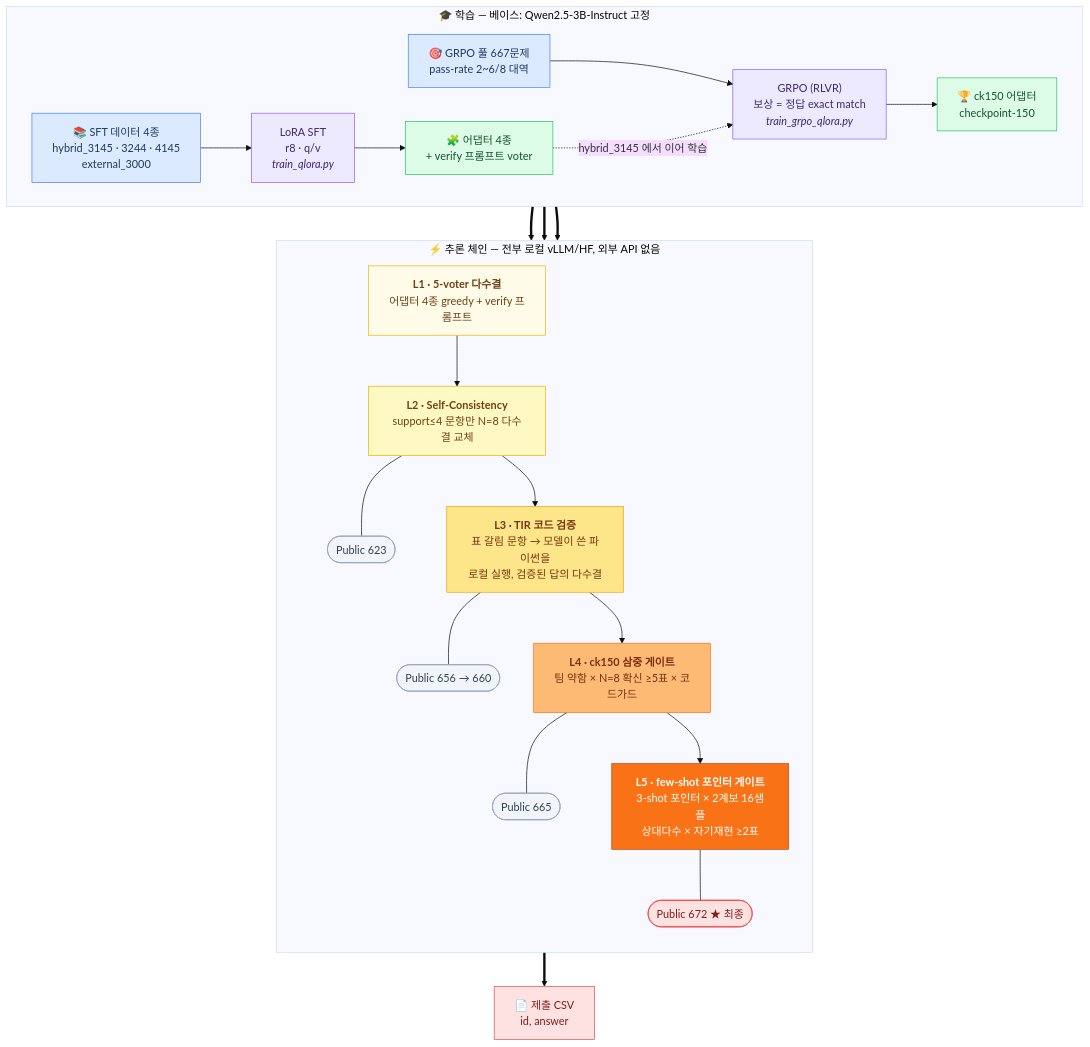
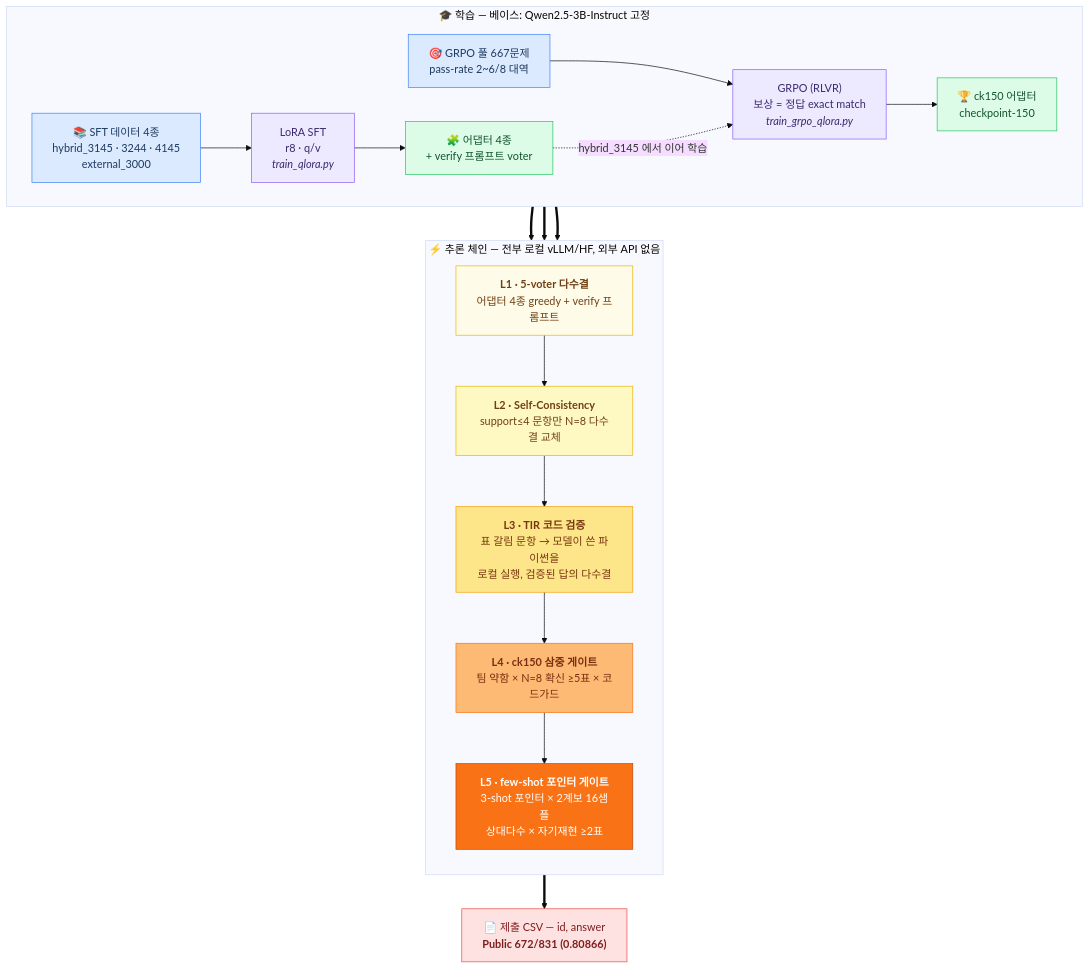
The diagram in README.md (ale8ander/Deep-Learning-Challenge-2026), drawn with Mermaid (base theme) before and after one commit.

Commit message:
다이어그램 간소화

````diff
--- a/README.md
+++ b/README.md
@@ -12,59 +12,50 @@
 ```mermaid
 flowchart TB
     subgraph 학습["🎓 학습 — 베이스: Qwen2.5-3B-Instruct 고정"]
         direction LR
         D1["📚 SFT 데이터 4종<br/>hybrid_3145 · 3244 · 4145<br/>external_3000"]
         D2["🎯 GRPO 풀 667문제<br/>pass-rate 2~6/8 대역"]
         T1["LoRA SFT<br/>r8 · q/v<br/><i>train_qlora.py</i>"]
         T2["GRPO (RLVR)<br/>보상 = 정답 exact match<br/><i>train_grpo_qlora.py</i>"]
         A1["🧩 어댑터 4종<br/>+ verify 프롬프트 voter"]
         A2["🏆 ck150 어댑터<br/>checkpoint-150"]
         D1 --> T1 --> A1
         D2 --> T2
         A1 -.hybrid_3145 에서 이어 학습.-> T2 --> A2
     end
 
     subgraph 추론["⚡ 추론 체인 — 전부 로컬 vLLM/HF, 외부 API 없음"]
         direction TB
         L1["<b>L1 · 5-voter 다수결</b><br/>어댑터 4종 greedy + verify 프롬프트"]
         L2["<b>L2 · Self-Consistency</b><br/>support≤4 문항만 N=8 다수결 교체"]
         L3["<b>L3 · TIR 코드 검증</b><br/>표 갈림 문항 → 모델이 쓴 파이썬을<br/>로컬 실행, 검증된 답의 다수결"]
         L4["<b>L4 · ck150 삼중 게이트</b><br/>팀 약함 × N=8 확신 ≥5표 × 코드가드"]
         L5["<b>L5 · few-shot 포인터 게이트</b><br/>3-shot 포인터 × 2계보 16샘플<br/>상대다수 × 자기재현 ≥2표"]
-        S2(["Public 623"])
-        S3(["Public 656 → 660"])
-        S4(["Public 665"])
-        S5(["Public 672 ★ 최종"])
-        L1 --> L2 --- S2
-        L2 --> L3 --- S3
-        L3 --> L4 --- S4
-        L4 --> L5 --- S5
+        L1 --> L2 --> L3 --> L4 --> L5
     end
 
     A1 ==> L1
     A2 ==> L4
     A2 ==> L5
-    L5 ==> CSV["📄 제출 CSV<br/>id, answer"]
+    L5 ==> CSV["📄 제출 CSV — id, answer<br/><b>Public 672/831 (0.80866)</b>"]
 
     classDef data fill:#dbeafe,stroke:#3b82f6,color:#1e3a5f
     classDef train fill:#ede9fe,stroke:#8b5cf6,color:#3b2a6e
     classDef adapter fill:#dcfce7,stroke:#22c55e,color:#14532d
     classDef l1 fill:#fefce8,stroke:#eab308,color:#713f12
     classDef l2 fill:#fef9c3,stroke:#eab308,color:#713f12
     classDef l3 fill:#fde68a,stroke:#f59e0b,color:#78350f
     classDef l4 fill:#fdba74,stroke:#f97316,color:#7c2d12
     classDef l5 fill:#f97316,stroke:#c2410c,color:#ffffff
-    classDef score fill:#f1f5f9,stroke:#94a3b8,color:#334155
     classDef final fill:#fee2e2,stroke:#ef4444,color:#7f1d1d
 
     class D1,D2 data
     class T1,T2 train
     class A1,A2 adapter
     class L1 l1
     class L2 l2
     class L3 l3
     class L4 l4
     class L5 l5
-    class S2,S3,S4 score
-    class S5,CSV final
+    class CSV final
 ```
````
